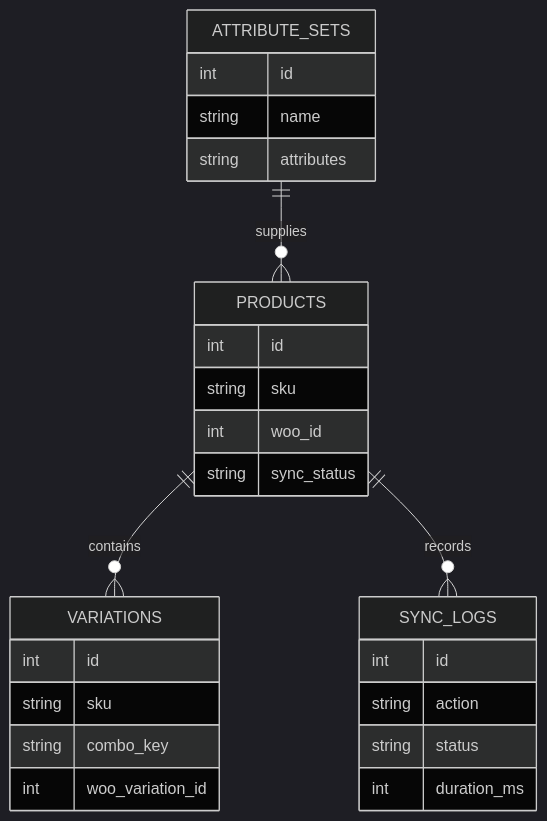
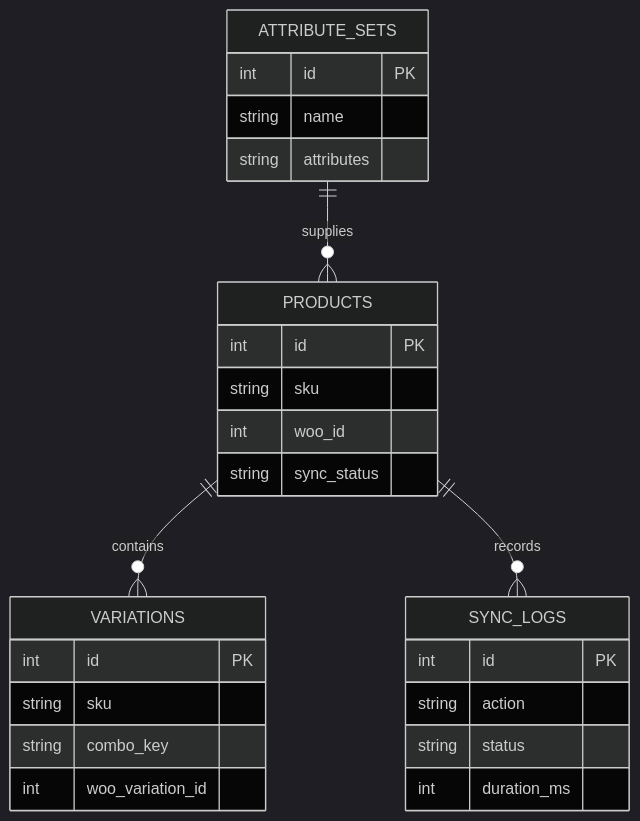
Before and after one commit to lightning950/Kilowott-Hack: the fifth of 5 diagrams in docs/ARCHITECTURE.md, drawn with Mermaid (dark theme). The commit also changed other lines of this file and 5 other files, not shown here.

````diff
--- a/docs/ARCHITECTURE.md
+++ b/docs/ARCHITECTURE.md
@@ -117,10 +117,29 @@
 ```mermaid
 erDiagram
   ATTRIBUTE_SETS ||--o{ PRODUCTS : supplies
   PRODUCTS ||--o{ VARIATIONS : contains
   PRODUCTS ||--o{ SYNC_LOGS : records
-  ATTRIBUTE_SETS { int id string name string attributes }
-  PRODUCTS { int id string sku int woo_id string sync_status }
-  VARIATIONS { int id string sku string combo_key int woo_variation_id }
-  SYNC_LOGS { int id string action string status int duration_ms }
+  ATTRIBUTE_SETS {
+    int id PK
+    string name
+    string attributes
+  }
+  PRODUCTS {
+    int id PK
+    string sku
+    int woo_id
+    string sync_status
+  }
+  VARIATIONS {
+    int id PK
+    string sku
+    string combo_key
+    int woo_variation_id
+  }
+  SYNC_LOGS {
+    int id PK
+    string action
+    string status
+    int duration_ms
+  }
 ```
````
